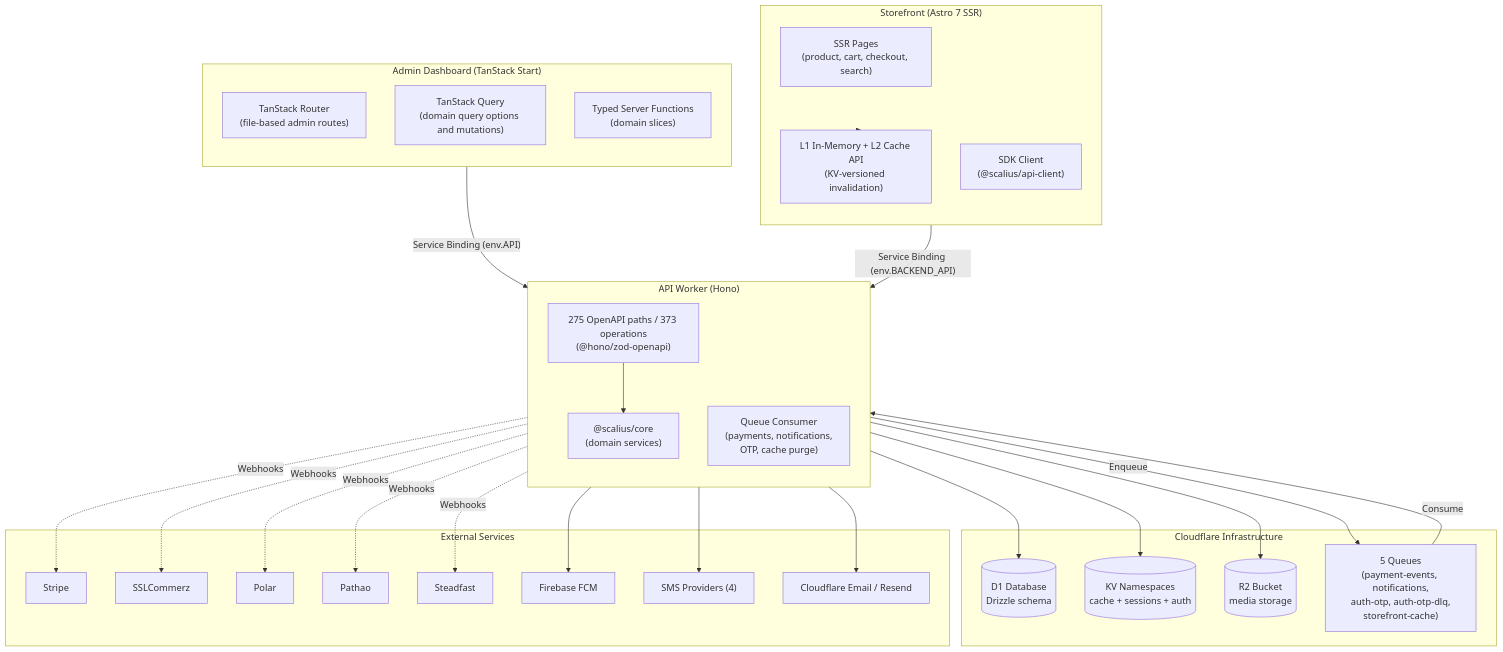
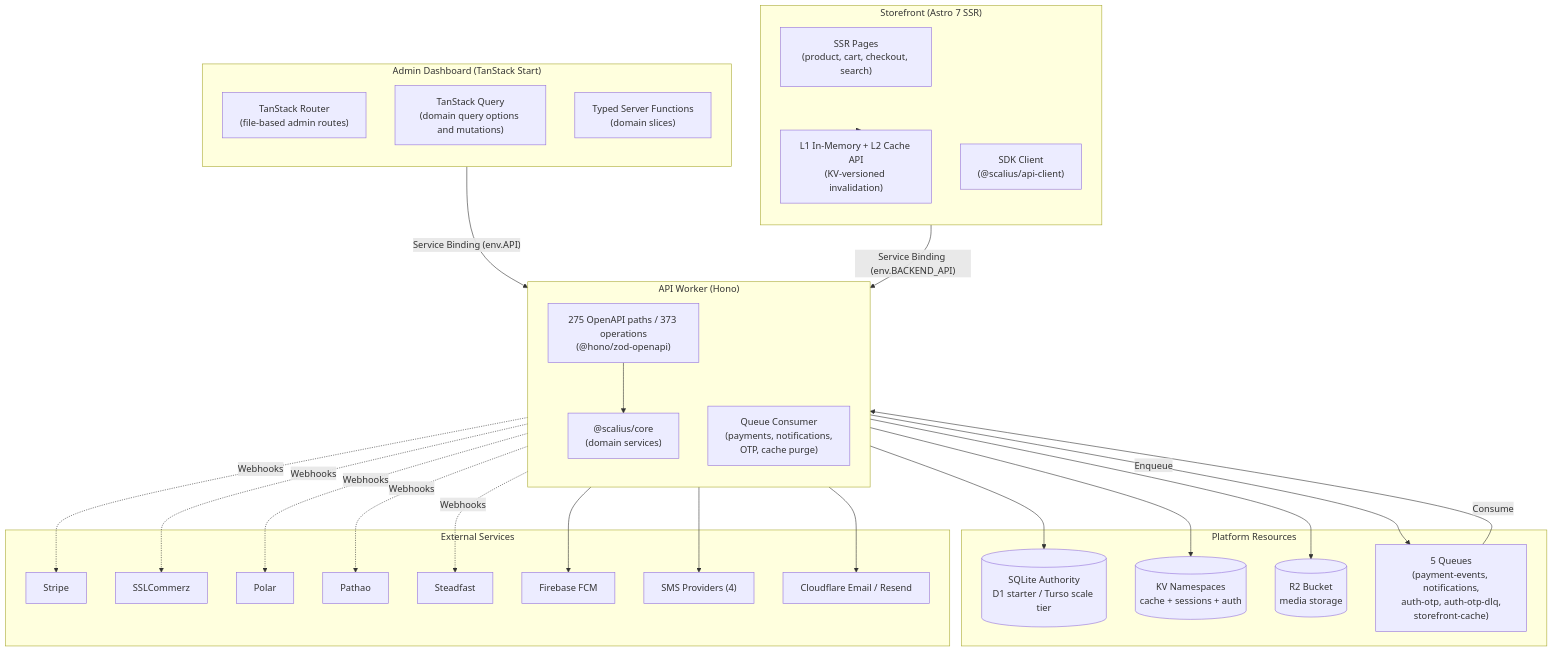
Before and after one commit to scaliuslabs/scalius-commerce-lite: the first of 3 diagrams in README.md, drawn with Mermaid. The commit also changed other lines of this file and 13 other files, not shown here.

Commit message:
feat(platform): prove deterministic Turso cutover

````diff
--- a/README.md
+++ b/README.md
@@ -86,60 +86,60 @@
 ```mermaid
 flowchart TB
     subgraph AdminV2 ["Admin Dashboard (TanStack Start)"]
         direction TB
         TSRouter["TanStack Router<br/>(file-based admin routes)"]
         TSQuery["TanStack Query<br/>(domain query options and mutations)"]
         ServerFns["Typed Server Functions<br/>(domain slices)"]
     end
 
     subgraph Storefront ["Storefront (Astro 7 SSR)"]
         direction TB
         AstroPages["SSR Pages<br/>(product, cart, checkout, search)"]
         EdgeCache["L1 In-Memory + L2 Cache API<br/>(KV-versioned invalidation)"]
         SDKClient["SDK Client<br/>(@scalius/api-client)"]
     end
 
     subgraph API ["API Worker (Hono)"]
         direction TB
         HonoApp["275 OpenAPI paths / 373 operations<br/>(@hono/zod-openapi)"]
         QueueConsumer["Queue Consumer<br/>(payments, notifications,<br/>OTP, cache purge)"]
         CoreModules["@scalius/core<br/>(domain services)"]
     end
 
-    subgraph Infra ["Cloudflare Infrastructure"]
-        D1[(D1 Database<br/>Drizzle schema)]
+    subgraph Infra ["Platform Resources"]
+        SQLiteDB[(SQLite Authority<br/>D1 starter / Turso scale tier)]
         KV[(KV Namespaces<br/>cache + sessions + auth)]
         R2[(R2 Bucket<br/>media storage)]
         Queues["5 Queues<br/>(payment-events, notifications,<br/>auth-otp, auth-otp-dlq,<br/>storefront-cache)"]
     end
 
     subgraph External ["External Services"]
         Stripe["Stripe"]
         SSLCommerz["SSLCommerz"]
         Polar["Polar"]
         Pathao["Pathao"]
         Steadfast["Steadfast"]
         Firebase["Firebase FCM"]
         SMS["SMS Providers (4)"]
         EmailProvider["Cloudflare Email / Resend"]
     end
 
     AdminV2 -->|"Service Binding (env.API)"| API
     Storefront -->|"Service Binding (env.BACKEND_API)"| API
-    API --> D1
+    API --> SQLiteDB
     API --> KV
     API --> R2
     API -->|Enqueue| Queues
     Queues -->|Consume| QueueConsumer
     QueueConsumer --> Firebase
     QueueConsumer --> SMS
     QueueConsumer --> EmailProvider
     HonoApp --> CoreModules
     Storefront --> EdgeCache
 
     API -.->|Webhooks| Stripe
     API -.->|Webhooks| SSLCommerz
     API -.->|Webhooks| Polar
     API -.->|Webhooks| Pathao
     API -.->|Webhooks| Steadfast
 ```
````
